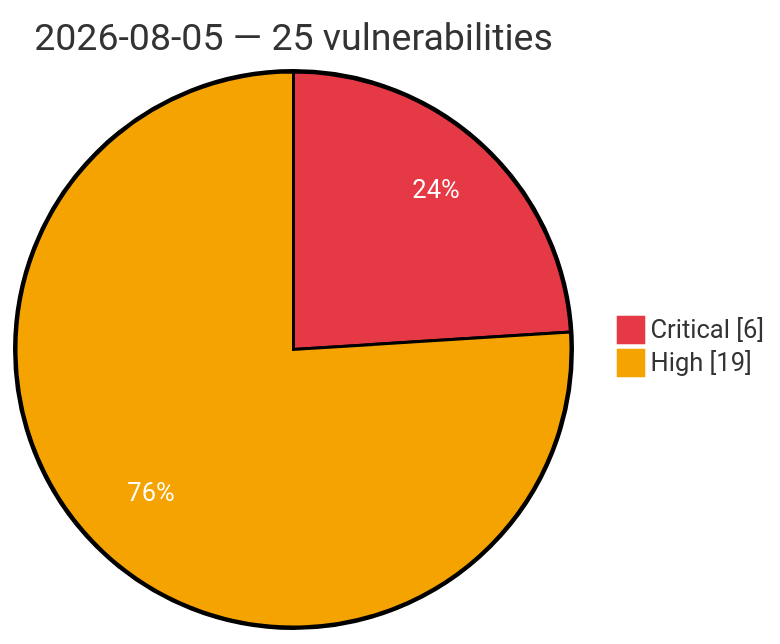
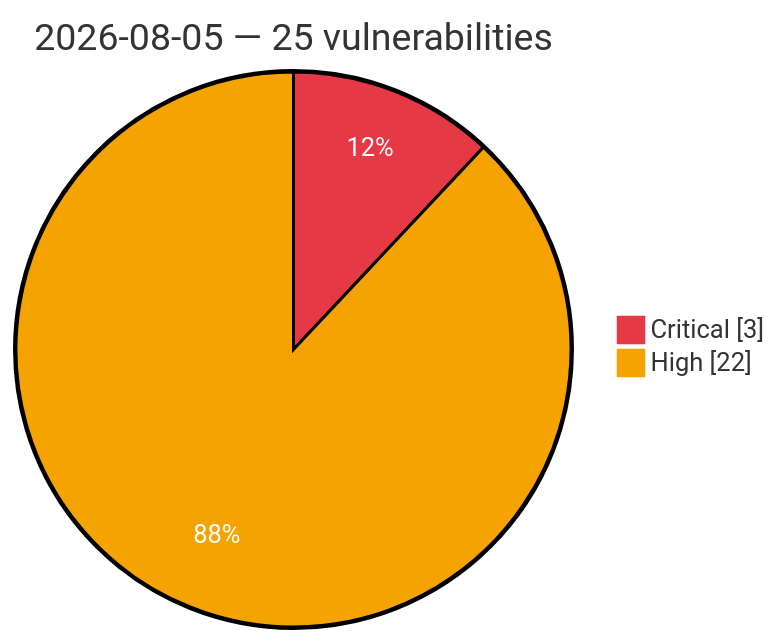
One commit to GhostX0X/vuln-tracker changed the diagram in vulnerabilities/2026-08-05.md. Above: the diagram before and after it, drawn with Mermaid. The commit also changed other lines of this file and 1 other file, not shown here.

Commit message:
Auto update: critical/high vulns (2026-08-05 22:56 UTC)

````diff
--- a/vulnerabilities/2026-08-05.md
+++ b/vulnerabilities/2026-08-05.md
@@ -3,7 +3,7 @@
 ```mermaid
 %%{init: {'theme':'base', 'themeVariables': {'pie1':'#e63946', 'pie2':'#f4a300', 'pieOpacity':'1', 'pieOuterStrokeWidth':'2px', 'pieSectionTextColor':'#ffffff'}}}%%
 pie showData
     title 2026-08-05 — 25 vulnerabilities
-    "Critical" : 6
-    "High" : 19
+    "Critical" : 3
+    "High" : 22
 ```
````
